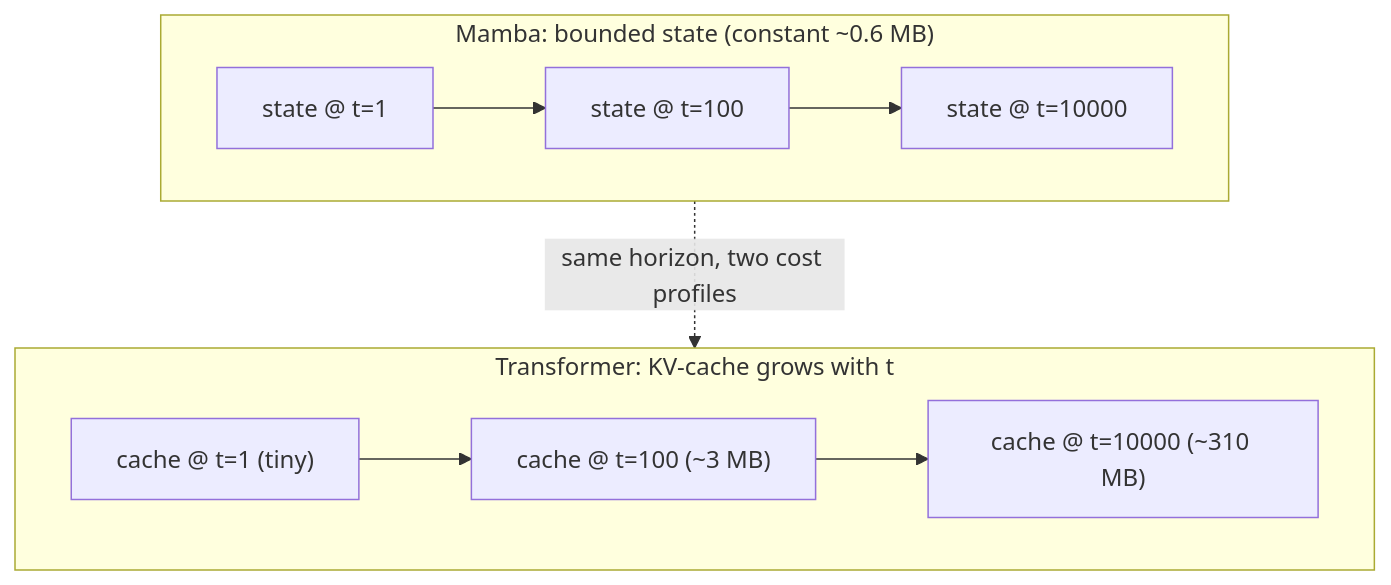
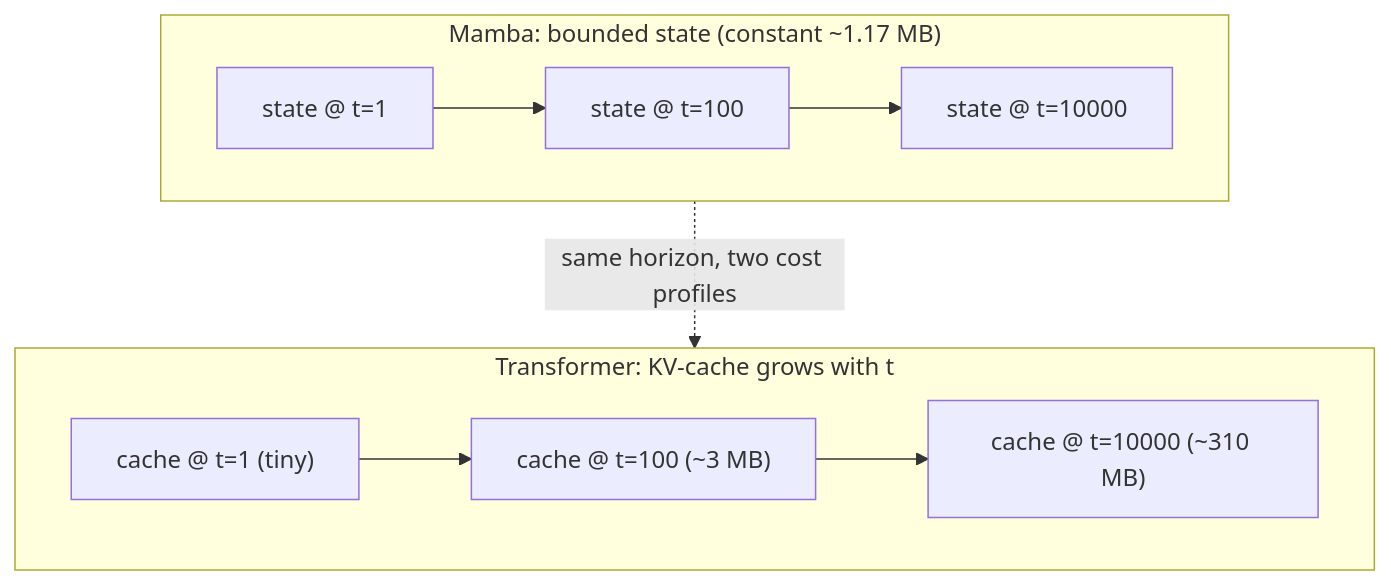
One commit to CatalinButacu/GenAI-Text2Motion changed the diagram in doc/notes/lessons/13-streaming-and-complexity.md. Above: the diagram before and after it, drawn with Mermaid. The commit also changed other lines of this file and 24 other files, not shown here.

````diff
--- a/doc/notes/lessons/13-streaming-and-complexity.md
+++ b/doc/notes/lessons/13-streaming-and-complexity.md
@@ -13,12 +13,12 @@
 ```mermaid
 flowchart TB
-  subgraph MAMBA["Mamba: bounded state (constant ~0.6 MB)"]
+  subgraph MAMBA["Mamba: bounded state (constant ~1.17 MB)"]
     direction LR
     a1["state @ t=1"] --> a2["state @ t=100"] --> a3["state @ t=10000"]
   end
   subgraph XF["Transformer: KV-cache grows with t"]
     direction LR
     b1["cache @ t=1 (tiny)"] --> b2["cache @ t=100 (~3 MB)"] --> b3["cache @ t=10000 (~310 MB)"]
   end
   MAMBA -.same horizon, two cost profiles.-> XF
 ```
````
